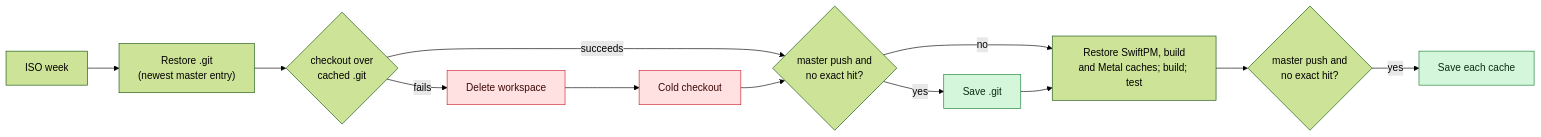
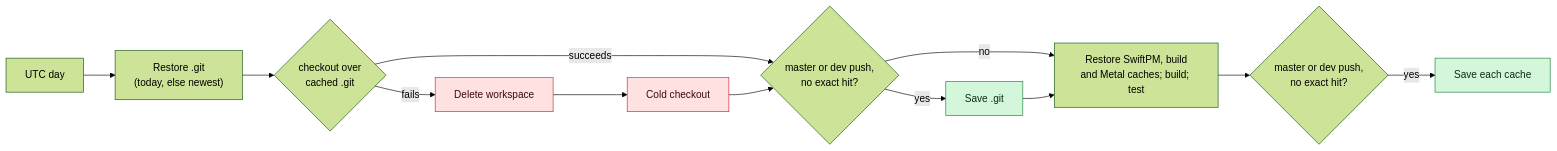
The diagram in docs/developer/build.md (Layr-Labs/d-inference), drawn with Mermaid (forest theme) before and after one commit. The commit also changed other lines of this file and 4 other files, not shown here.

Commit message:
ci: save caches from master and dev pushes; key .git by UTC day so each branch saves it once a day

````diff
--- a/docs/developer/build.md
+++ b/docs/developer/build.md
@@ -324,17 +325,17 @@
 ```mermaid
 flowchart LR
-  W[ISO week] --> R["Restore .git<br/>(newest master entry)"]
+  W[UTC day] --> R["Restore .git<br/>(today, else newest)"]
   R --> C{"checkout over<br/>cached .git"}
   C -- fails --> D[Delete workspace] --> K[Cold checkout]
   C -- succeeds --> G
-  K --> G{"master push and<br/>no exact hit?"}
+  K --> G{"master or dev push,<br/>no exact hit?"}
   G -- yes --> S[Save .git]
   G -- no --> B
   S --> B["Restore SwiftPM, build<br/>and Metal caches; build; test"]
-  B --> M{"master push and<br/>no exact hit?"}
+  B --> M{"master or dev push,<br/>no exact hit?"}
   M -- yes --> T[Save each cache]
   classDef save fill:#d4f7dc,stroke:#1a7f37,color:#0b2e13
   classDef fail fill:#ffe1e1,stroke:#cf222e,color:#3d0a0a
   class S,T save
   class D,K fail
 ```
````
